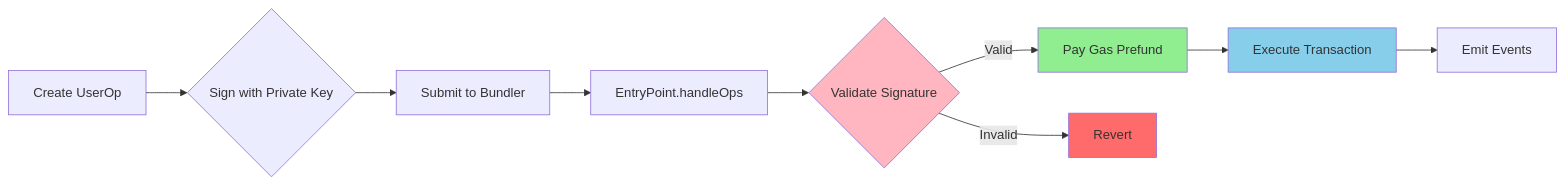
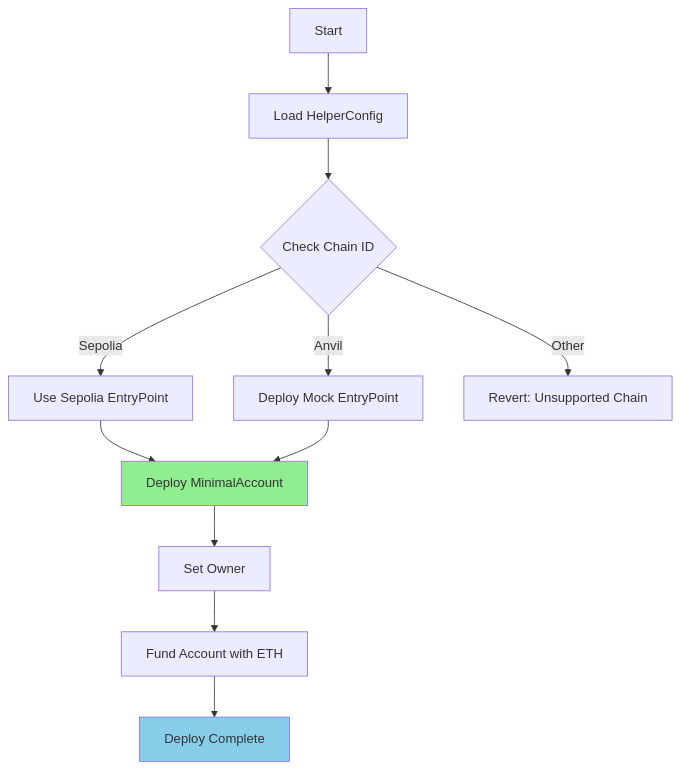
One commit to VxxxxC/foundry-account-abstraction changed the fourth of 4 diagrams in README.md. Above: the diagram before and after it, drawn with Mermaid. The commit also changed other lines of this file, not shown here.

````diff
--- a/README.md
+++ b/README.md
@@ -125,16 +334,16 @@
 ```mermaid
-flowchart LR
-    A[Create UserOp] --> B{Sign with Private Key}
-    B --> C[Submit to Bundler]
-    C --> D[EntryPoint.handleOps]
-    D --> E{Validate Signature}
-    E -->|Valid| F[Pay Gas Prefund]
-    E -->|Invalid| G[Revert]
-    F --> H[Execute Transaction]
-    H --> I[Emit Events]
+flowchart TD
+    A[Start] --> B[Load HelperConfig]
+    B --> C{Check Chain ID}
+    C -->|Sepolia| D[Use Sepolia EntryPoint]
+    C -->|Anvil| E[Deploy Mock EntryPoint]
+    C -->|Other| F[Revert: Unsupported Chain]
+    D --> G[Deploy MinimalAccount]
+    E --> G
+    G --> H[Set Owner]
+    H --> I[Fund Account with ETH]
+    I --> J[Deploy Complete]
     
-    style E fill:#FFB6C1
-    style F fill:#90EE90
-    style G fill:#FF6B6B
-    style H fill:#87CEEB
+    style G fill:#90EE90
+    style J fill:#87CEEB
 ```
````
